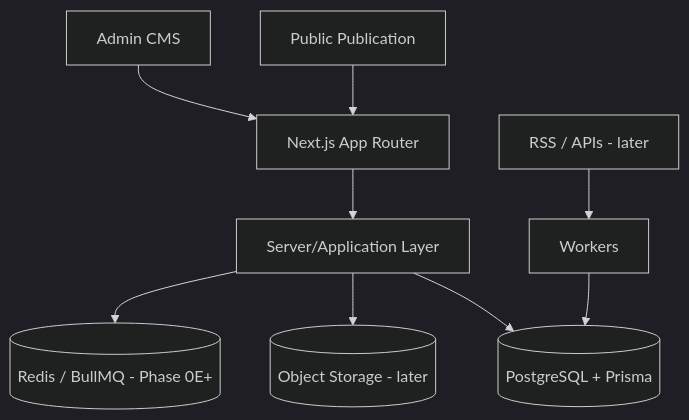
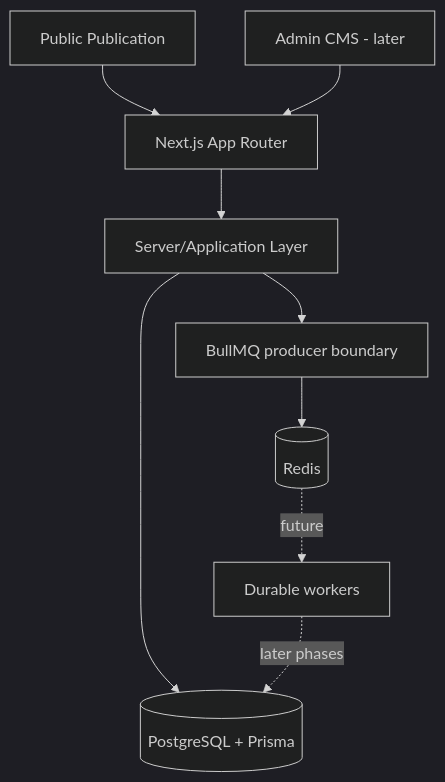
The diagram in README.md (YounasKhan2/living-journal), drawn with Mermaid (dark theme) before and after one commit. The commit also changed other lines of this file, not shown here.

Commit message:
docs: update README for Redis and BullMQ foundation

````diff
--- a/README.md
+++ b/README.md
@@ -232,11 +55,11 @@
 ```mermaid
 flowchart TB
   Public[Public Publication] --> Next[Next.js App Router]
-  CMS[Admin CMS] --> Next
+  CMS[Admin CMS - later] --> Next
   Next --> Server[Server/Application Layer]
   Server --> DB[(PostgreSQL + Prisma)]
-  Server --> Storage[(Object Storage - later)]
-  Server --> Redis[(Redis / BullMQ - Phase 0E+)]
-  Sources[RSS / APIs - later] --> Workers[Workers]
-  Workers --> DB
+  Server --> Queue[BullMQ producer boundary]
+  Queue --> Redis[(Redis)]
+  Redis -. future .-> Workers[Durable workers]
+  Workers -. later phases .-> DB
 ```
````
